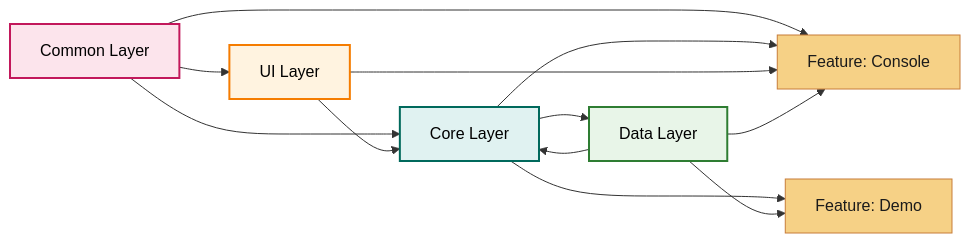
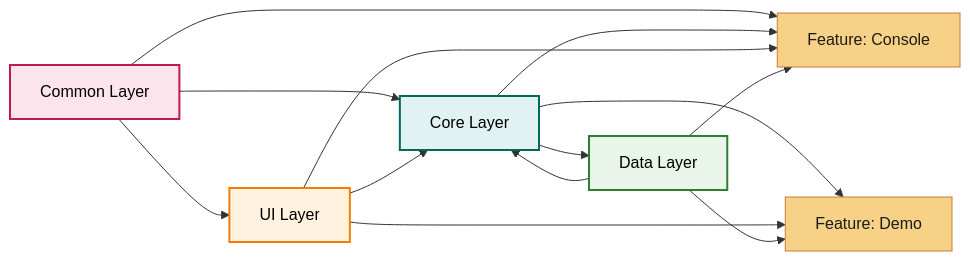
One commit to hhumbetovv/fullstack-template changed the fourth of 4 diagrams in flutter/module_graph.md. Above: the diagram before and after it, drawn with Mermaid. The commit also changed 28 other files, not shown here.

````diff
--- a/flutter/module_graph.md
+++ b/flutter/module_graph.md
@@ -201,32 +201,33 @@
 ```mermaid
 graph LR
     group_Core_Layer["Core Layer"]
     class group_Core_Layer core
     group_Common_Layer["Common Layer"]
     class group_Common_Layer common
     group_UI_Layer["UI Layer"]
     class group_UI_Layer ui
     group_Data_Layer["Data Layer"]
     class group_Data_Layer data
     group_Feature__Console["Feature: Console"]
     class group_Feature__Console feature
     group_Feature__Demo["Feature: Demo"]
     class group_Feature__Demo feature
     group_Common_Layer --> group_Core_Layer
     group_Core_Layer --> group_Data_Layer
     group_UI_Layer --> group_Core_Layer
     group_Data_Layer --> group_Core_Layer
     group_Common_Layer --> group_UI_Layer
     group_Common_Layer --> group_Feature__Console
     group_Core_Layer --> group_Feature__Console
     group_UI_Layer --> group_Feature__Console
     group_Data_Layer --> group_Feature__Console
     group_Core_Layer --> group_Feature__Demo
+    group_UI_Layer --> group_Feature__Demo
     group_Data_Layer --> group_Feature__Demo
 
     classDef data fill:#e8f5e8,stroke:#2e7d32,stroke-width:2px,color:#000000;
     classDef ui fill:#fff3e0,stroke:#f57c00,stroke-width:2px,color:#000000;
     classDef common fill:#fce4ec,stroke:#c2185b,stroke-width:2px,color:#000000;
     classDef core fill:#e0f2f1,stroke:#00695c,stroke-width:2px,color:#000000;
     classDef feature fill:#f6d186,stroke:#c77d39,color:#1b1b1b;
 ```
````
